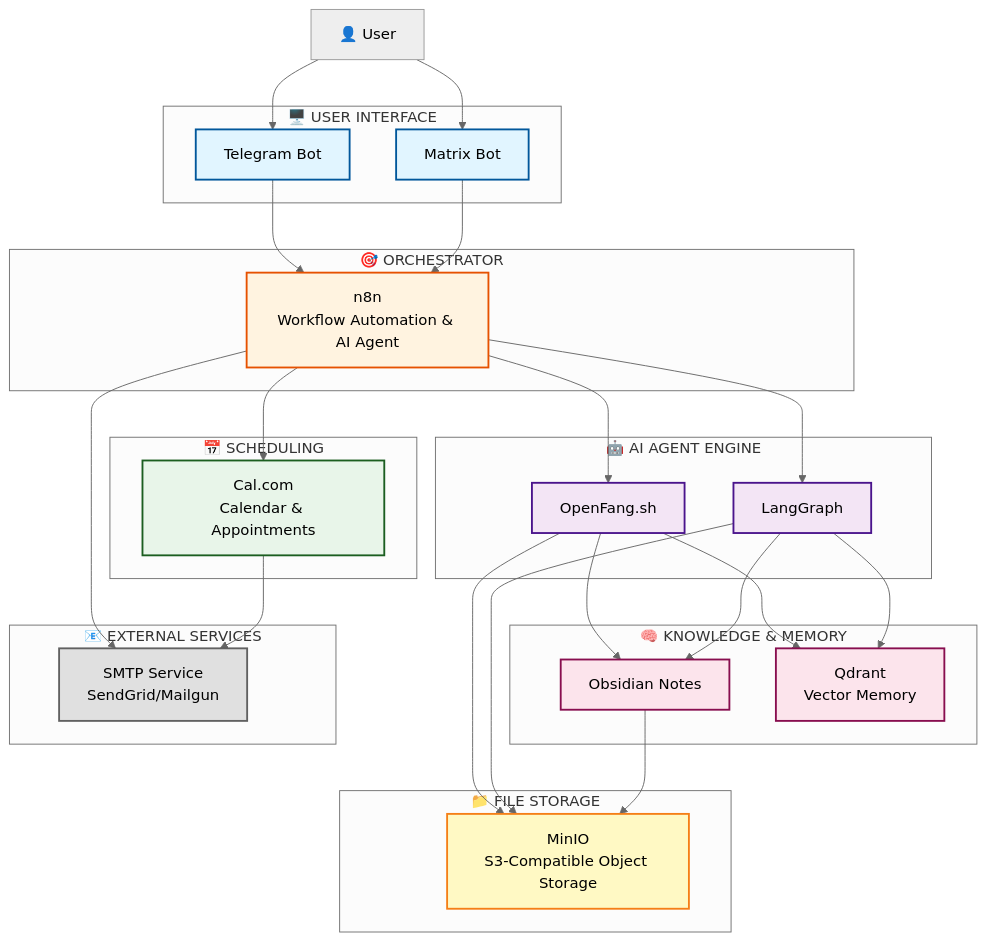
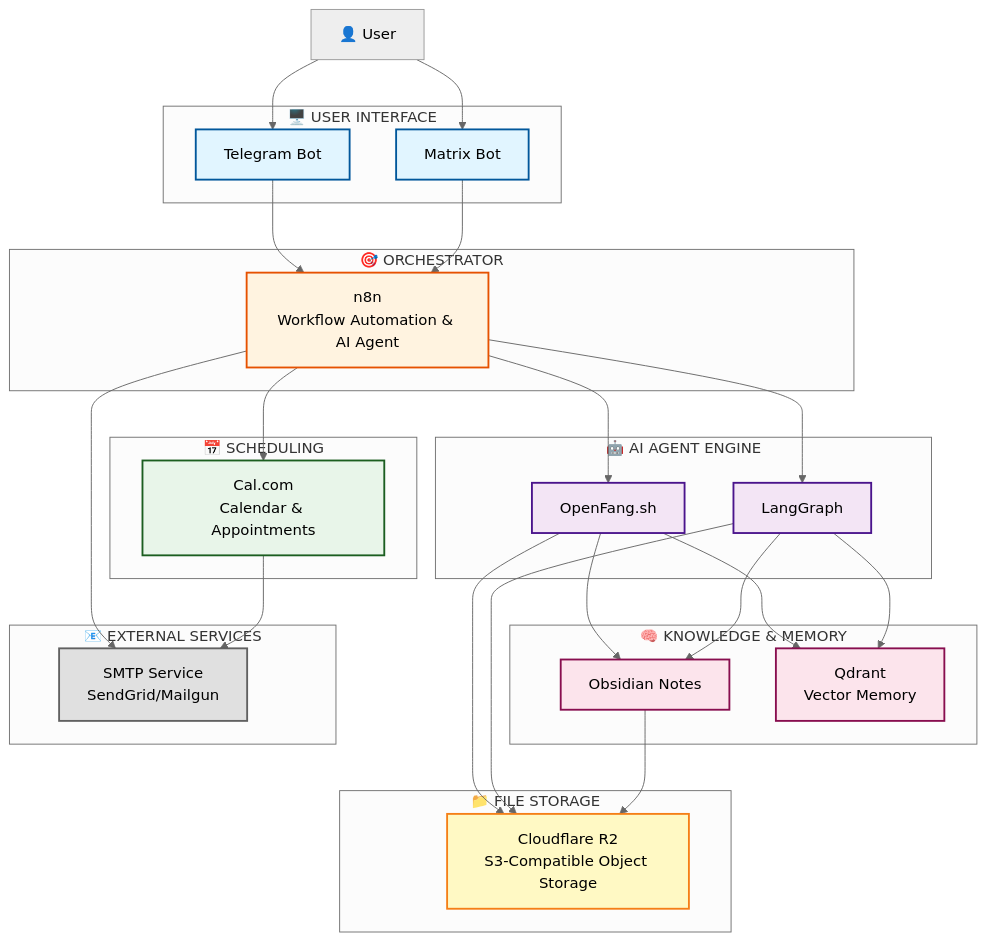
One commit to oppytut/pro-secretary changed the diagram in README.md. Above: the diagram before and after it, drawn with Mermaid (neutral theme). The commit also changed other lines of this file, not shown here.

First line of the commit message:
refactor: migrate from MinIO to Cloudflare R2 (part 1/2)

````diff
--- a/README.md
+++ b/README.md
@@ -7,68 +7,68 @@
 ```mermaid
 graph TB
     User[👤 User]
     
     subgraph Interface["🖥️ USER INTERFACE"]
         TG[Telegram Bot]
         Matrix[Matrix Bot]
     end
     
     subgraph Orchestrator["🎯 ORCHESTRATOR"]
         N8N[n8n<br/>Workflow Automation & AI Agent]
     end
     
     subgraph AIEngine["🤖 AI AGENT ENGINE"]
         OpenFang[OpenFang.sh]
         LangGraph[LangGraph]
     end
     
     subgraph Scheduling["📅 SCHEDULING"]
         CalCom[Cal.com<br/>Calendar & Appointments]
     end
     
     subgraph Knowledge["🧠 KNOWLEDGE & MEMORY"]
         Obsidian[Obsidian Notes]
         Qdrant[Qdrant<br/>Vector Memory]
     end
     
     subgraph Storage["📁 FILE STORAGE"]
-        MinIO[MinIO<br/>S3-Compatible Object Storage]
+        R2[Cloudflare R2<br/>S3-Compatible Object Storage]
     end
     
     subgraph External["📧 EXTERNAL SERVICES"]
         SMTP[SMTP Service<br/>SendGrid/Mailgun]
     end
     
     User --> TG
     User --> Matrix
     TG --> N8N
     Matrix --> N8N
     N8N --> OpenFang
     N8N --> LangGraph
     N8N --> CalCom
     N8N --> SMTP
     OpenFang --> Obsidian
     OpenFang --> Qdrant
-    OpenFang --> MinIO
+    OpenFang --> R2
     LangGraph --> Obsidian
     LangGraph --> Qdrant
-    LangGraph --> MinIO
-    Obsidian --> MinIO
+    LangGraph --> R2
+    Obsidian --> R2
     CalCom --> SMTP
     
     classDef interfaceStyle fill:#e1f5ff,stroke:#01579b,stroke-width:2px,color:#000
     classDef orchestratorStyle fill:#fff3e0,stroke:#e65100,stroke-width:2px,color:#000
     classDef aiStyle fill:#f3e5f5,stroke:#4a148c,stroke-width:2px,color:#000
     classDef scheduleStyle fill:#e8f5e9,stroke:#1b5e20,stroke-width:2px,color:#000
     classDef knowledgeStyle fill:#fce4ec,stroke:#880e4f,stroke-width:2px,color:#000
     classDef storageStyle fill:#fff9c4,stroke:#f57f17,stroke-width:2px,color:#000
     classDef externalStyle fill:#e0e0e0,stroke:#616161,stroke-width:2px,color:#000
     
     class TG,Matrix interfaceStyle
     class N8N orchestratorStyle
     class OpenFang,LangGraph aiStyle
     class CalCom scheduleStyle
     class Obsidian,Qdrant knowledgeStyle
-    class MinIO storageStyle
+    class R2 storageStyle
     class SMTP externalStyle
 ```
````
